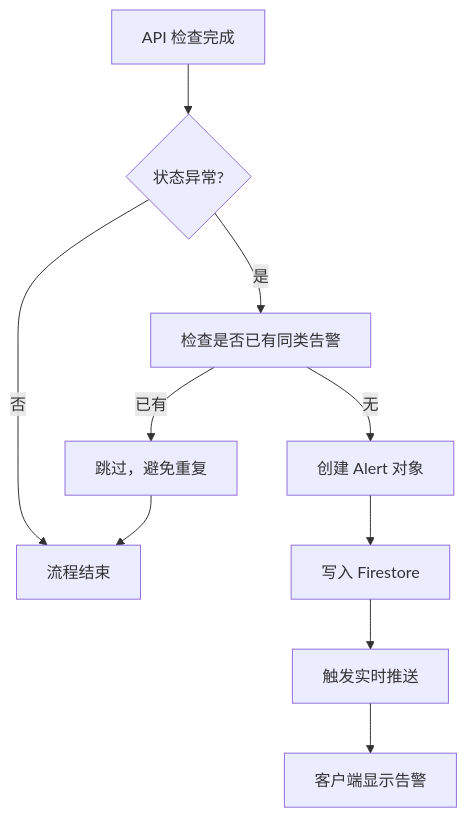
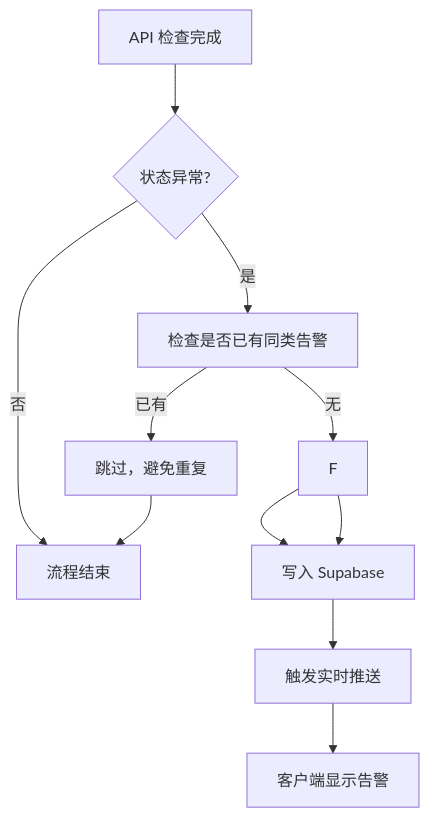
The third of 9 diagrams in openspec/data.md (AjaCHN/LLM-API-Sentinel), drawn with Mermaid before and after one commit. The commit also changed other lines of this file and 5 other files, not shown here.

````diff
--- a/openspec/data.md
+++ b/openspec/data.md
@@ -180,16 +182,16 @@
 ```mermaid
 flowchart TD
     A[API 检查完成] --> B{状态异常?}
     
     B -->|是| C[检查是否已有同类告警]
     B -->|否| D[流程结束]
     
     C -->|已有| E[跳过，避免重复]
-    C -->|无| F[创建 Alert 对象]
+    C -->|无| F --> G[创建 Alert 对象]
     
-    F --> G[写入 Firestore]
+    F --> G[写入 Supabase]
     G --> H[触发实时推送]
     H --> I[客户端显示告警]
     
     E --> D
 ```
````
